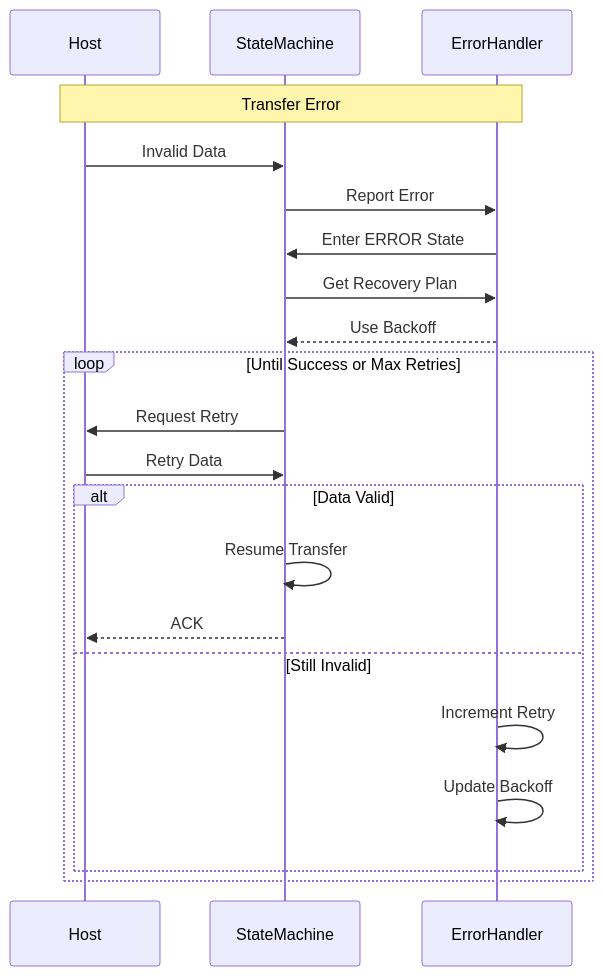
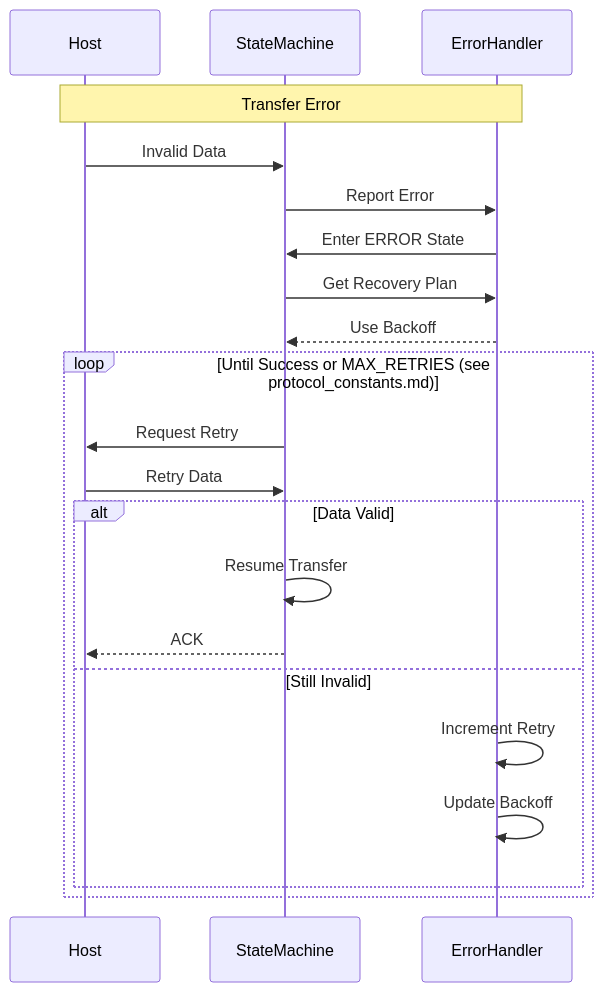
One commit to nemofoo/deskthang changed the third of 3 diagrams in docs/protocol_transitions.md. Above: the diagram before and after it, drawn with Mermaid. The commit also changed other lines of this file and 29 other files, not shown here.

````diff
--- a/docs/protocol_transitions.md
+++ b/docs/protocol_transitions.md
@@ -56,27 +58,27 @@
 ```mermaid
 sequenceDiagram
     participant Host
     participant StateMachine
     participant ErrorHandler
     
     Note over Host,ErrorHandler: Transfer Error
     Host->>StateMachine: Invalid Data
     StateMachine->>ErrorHandler: Report Error
     ErrorHandler->>StateMachine: Enter ERROR State
     
     StateMachine->>ErrorHandler: Get Recovery Plan
     ErrorHandler-->>StateMachine: Use Backoff
     
-    loop Until Success or Max Retries
+    loop Until Success or MAX_RETRIES (see protocol_constants.md)
         StateMachine->>Host: Request Retry
         Host->>StateMachine: Retry Data
         
         alt Data Valid
             StateMachine->>StateMachine: Resume Transfer
             StateMachine-->>Host: ACK
         else Still Invalid
             ErrorHandler->>ErrorHandler: Increment Retry
             ErrorHandler->>ErrorHandler: Update Backoff
         end
     end
 ```
````
